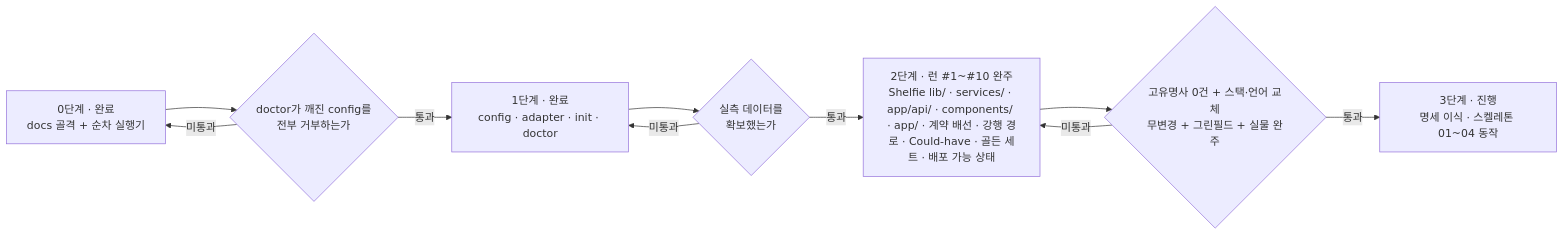
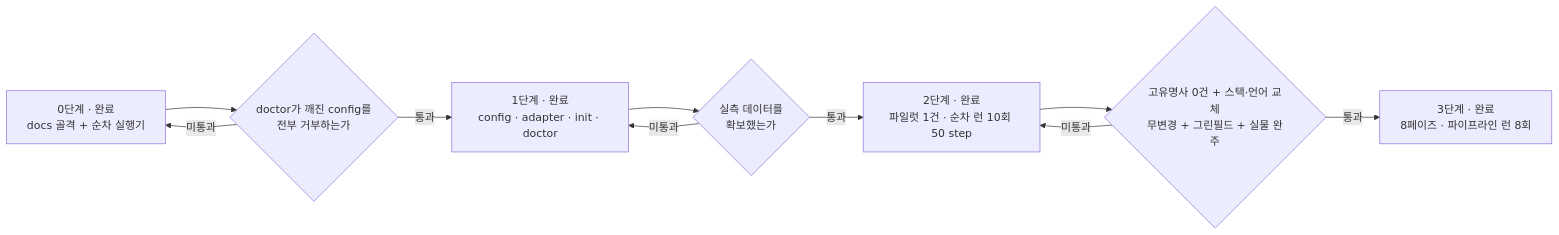
One commit to hyuham1335-stack/banana-island-ops changed the first of 2 diagrams in docs/harness/ROADMAP.md. Above: the diagram before and after it, drawn with Mermaid. The commit also changed other lines of this file and 21 other files, not shown here.

````diff
--- a/docs/harness/ROADMAP.md
+++ b/docs/harness/ROADMAP.md
@@ -59,18 +69,18 @@
 ```mermaid
 flowchart LR
     S0["0단계 · 완료<br/>docs 골격 + 순차 실행기"]
     S1["1단계 · 완료<br/>config · adapter · init · doctor"]
-    S2["2단계 · 런 #1~#10 완주<br/>Shelfie lib/ · services/ · app/api/ · components/ · app/ · 계약 배선 · 강행 경로 · Could-have · 골든 세트 · 배포 가능 상태"]
-    S3["3단계 · 진행<br/>명세 이식 · 스켈레톤 01~04 동작"]
+    S2["2단계 · 완료<br/>파일럿 1건 · 순차 런 10회 50 step"]
+    S3["3단계 · 완료<br/>8페이즈 · 파이프라인 런 8회"]
 
     S0 --> G1{"doctor가 깨진 config를<br/>전부 거부하는가"}
     G1 -->|통과| S1
     S1 --> G2{"실측 데이터를<br/>확보했는가"}
     G2 -->|통과| S2
     S2 --> G3{"고유명사 0건 + 스택·언어 교체<br/>무변경 + 그린필드 + 실물 완주"}
     G3 -->|통과| S3
 
     G1 -->|미통과| S0
     G2 -->|미통과| S1
     G3 -->|미통과| S2
 ```
````
